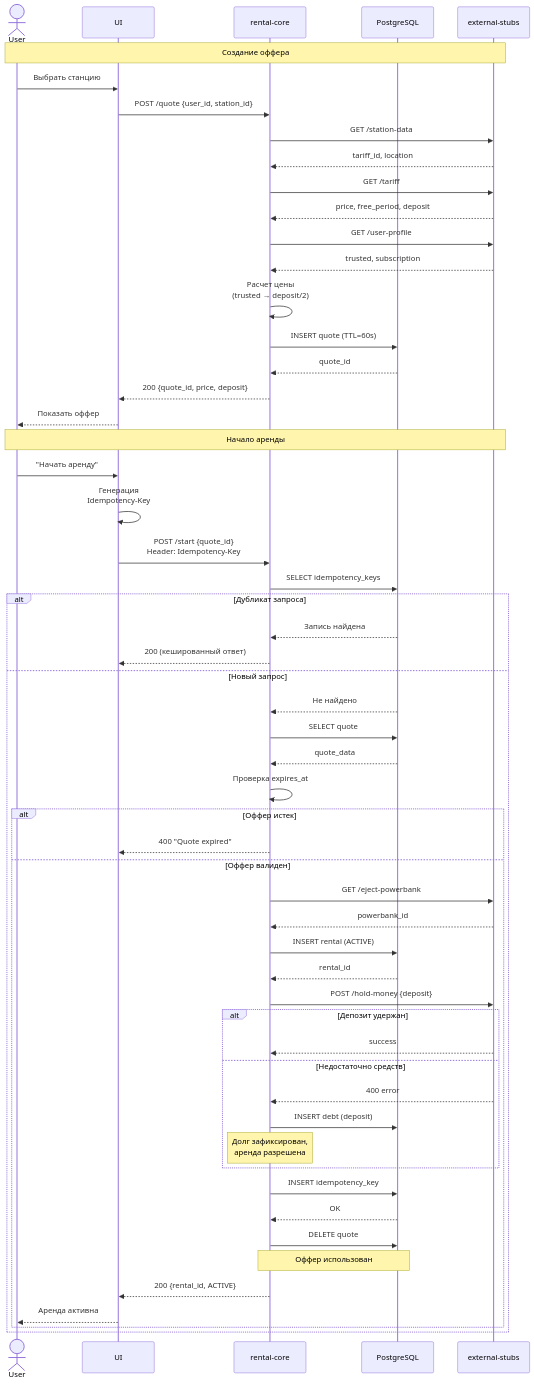
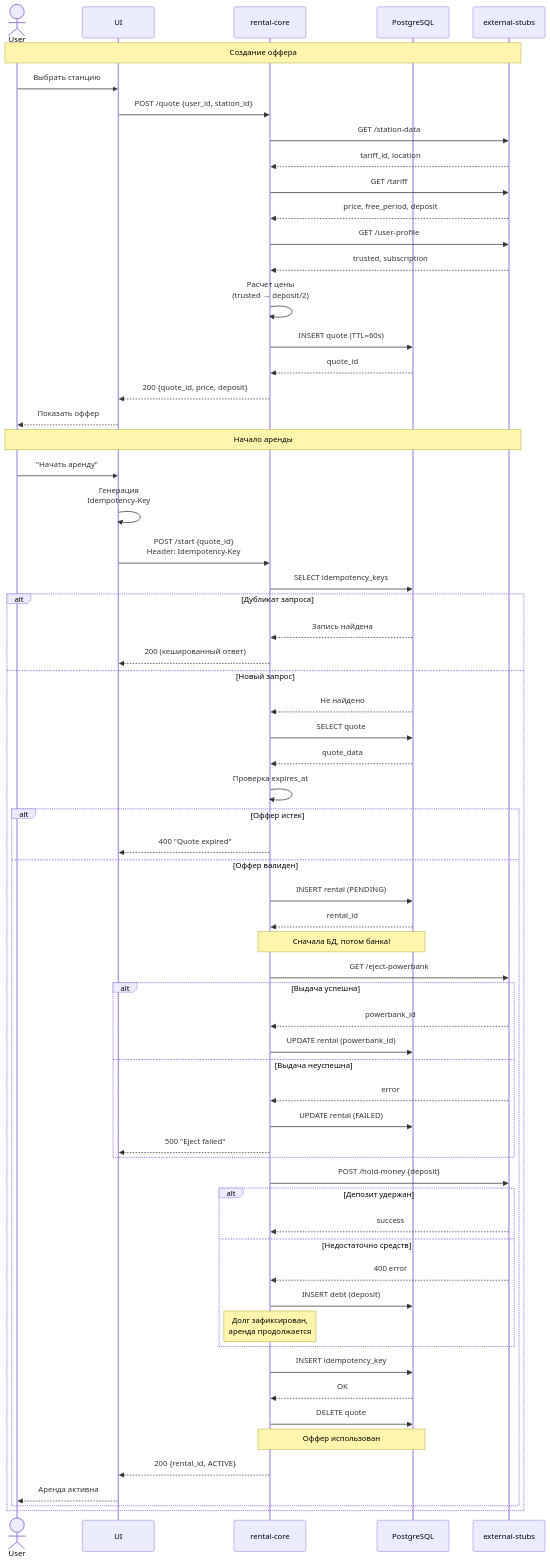
The diagram in diagrams/02-create-rental-flow.md (AlexanderExp/SysDesign-HW-1), drawn with Mermaid before and after one commit. The commit also changed other lines of this file and 4 other files, not shown here.

Commit message:
Улучшены диаграммы и исправлена race condition

```diff
--- a/diagrams/02-create-rental-flow.md
+++ b/diagrams/02-create-rental-flow.md
@@ -53,11 +53,19 @@
         alt Оффер истек
             RC-->>UI: 400 "Quote expired"
         else Оффер валиден
+            RC->>PG: INSERT rental (PENDING)
+            PG-->>RC: rental_id
+            Note over RC,PG: Сначала БД, потом банка!
+            
             RC->>ES: GET /eject-powerbank
-            ES-->>RC: powerbank_id
-            
-            RC->>PG: INSERT rental (ACTIVE)
-            PG-->>RC: rental_id
+            alt Выдача успешна
+                ES-->>RC: powerbank_id
+                RC->>PG: UPDATE rental (powerbank_id)
+            else Выдача неуспешна
+                ES-->>RC: error
+                RC->>PG: UPDATE rental (FAILED)
+                RC-->>UI: 500 "Eject failed"
+            end
             
             RC->>ES: POST /hold-money {deposit}
             alt Депозит удержан
@@ -65,7 +73,7 @@
             else Недостаточно средств
                 ES-->>RC: 400 error
                 RC->>PG: INSERT debt (deposit)
-                Note over RC: Долг зафиксирован,<br/>аренда разрешена
+                Note over RC: Долг зафиксирован,<br/>аренда продолжается
             end
             
             RC->>PG: INSERT idempotency_key
```
